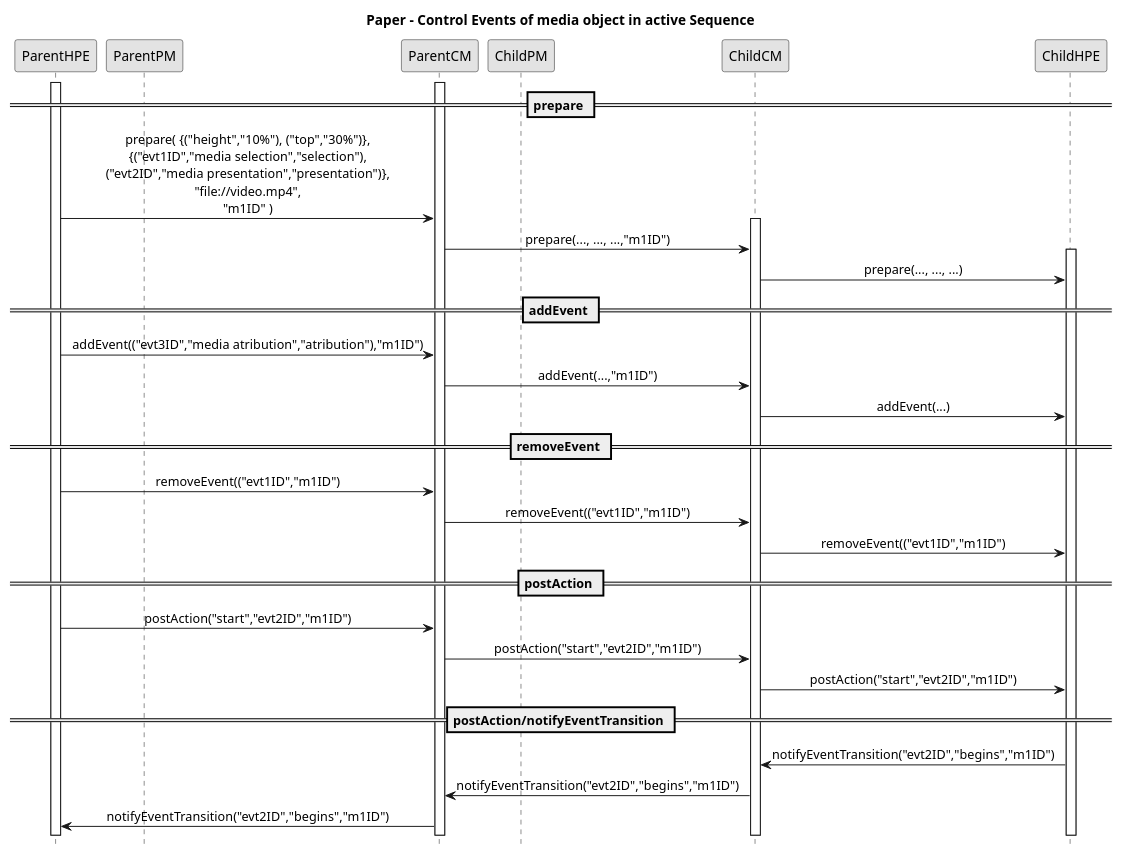
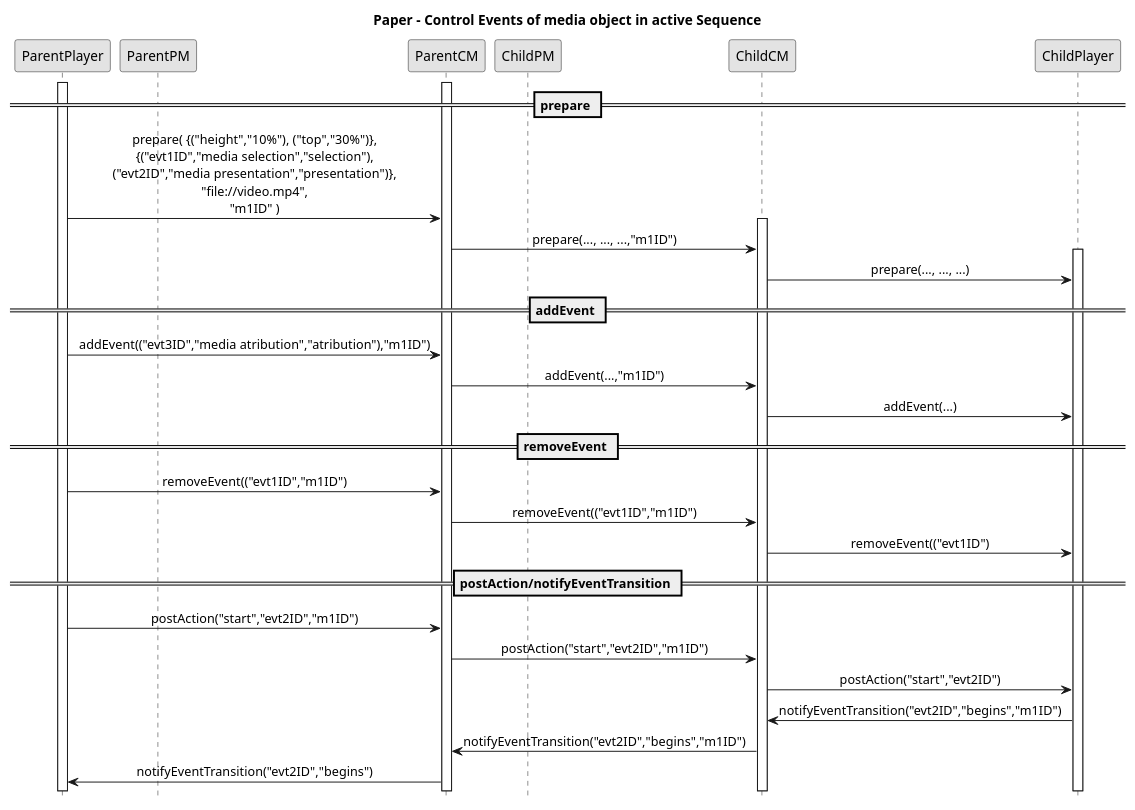
One commit to alanlivio/fsmda changed the diagram in sequence3.plantuml. Above: the diagram before and after it, drawn with PlantUML. The commit also changed 6 other files, not shown here.

Commit message:
docs: Refactory title names. Fixes. Rename ChildHPE and ParentHPE to Player in objects controls. Remove media ID to Player call.

```diff
--- a/sequence3.plantuml
+++ b/sequence3.plantuml
@@ -2,41 +2,40 @@
 @startuml
 hide footbox
 skinparam monochrome true
 skinparam sequenceMessageAlign center
 
-participant ParentHPE
+participant ParentPlayer
 participant ParentPM
 participant ParentCM
 participant ChildPM
 participant ChildCM
-participant ChildHPE
+participant ChildPlayer
 
 ''''''''''''''''''Paper - Control Events of media object in active Sequence'''''''''''''''''
 title Paper - Control Events of media object in active Sequence
-activate ParentHPE
+activate ParentPlayer
 activate ParentCM
 == prepare ==
-ParentHPE->ParentCM: prepare( {("height","10%"), ("top","30%")},\n{("evt1ID","media selection","selection"),\n("evt2ID","media presentation","presentation")},\n"file://video.mp4",\n"m1ID" )
+ParentPlayer->ParentCM: prepare( {("height","10%"), ("top","30%")},\n{("evt1ID","media selection","selection"),\n("evt2ID","media presentation","presentation")},\n"file://video.mp4",\n"m1ID" )
 activate ChildCM
 ParentCM->ChildCM:   prepare(..., ..., ...,"m1ID")
-activate ChildHPE
-ChildCM->ChildHPE:   prepare(..., ..., ...)
+activate ChildPlayer
+ChildCM->ChildPlayer:   prepare(..., ..., ...)
 == addEvent ==
-ParentHPE->ParentCM: addEvent(("evt3ID","media atribution","atribution"),"m1ID")
+ParentPlayer->ParentCM: addEvent(("evt3ID","media atribution","atribution"),"m1ID")
 ParentCM->ChildCM:   addEvent(...,"m1ID")
-ChildCM->ChildHPE:   addEvent(...)
+ChildCM->ChildPlayer:   addEvent(...)
 == removeEvent ==
-ParentHPE->ParentCM: removeEvent(("evt1ID","m1ID")
+ParentPlayer->ParentCM: removeEvent(("evt1ID","m1ID")
 ParentCM->ChildCM:   removeEvent(("evt1ID","m1ID")
-ChildCM->ChildHPE:   removeEvent(("evt1ID","m1ID")
-== postAction ==
-ParentHPE->ParentCM: postAction("start","evt2ID","m1ID")
+ChildCM->ChildPlayer:   removeEvent(("evt1ID")
+== postAction/notifyEventTransition ==
+ParentPlayer->ParentCM: postAction("start","evt2ID","m1ID")
 ParentCM->ChildCM:   postAction("start","evt2ID","m1ID")
-ChildCM->ChildHPE:   postAction("start","evt2ID","m1ID")
-== postAction/notifyEventTransition ==
-ChildHPE->ChildCM:   notifyEventTransition("evt2ID","begins","m1ID")
+ChildCM->ChildPlayer:   postAction("start","evt2ID")
+ChildPlayer->ChildCM:   notifyEventTransition("evt2ID","begins","m1ID")
 ChildCM->ParentCM:   notifyEventTransition("evt2ID","begins","m1ID")
-ParentCM->ParentHPE: notifyEventTransition("evt2ID","begins","m1ID")
+ParentCM->ParentPlayer: notifyEventTransition("evt2ID","begins")
 
 ''''''''''''''''''Ending PLANTUML params'''''''''''''''''
 @enduml
```
